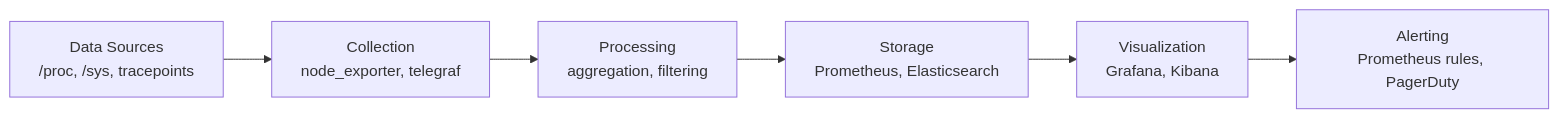
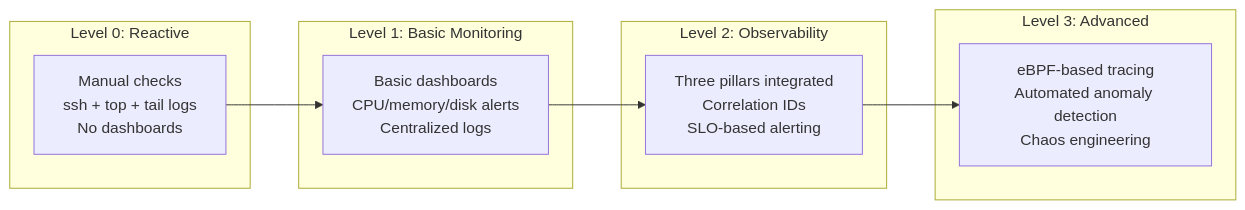
The fifth of 5 diagrams in src/observability/overview.md (Abhinav-Kumar012/lb2), drawn with Mermaid before and after one commit. The commit also changed other lines of this file and 1 other file, not shown here.

Commit message:
Expand sched-ext.md: BPF scheduling API, real-world schedulers, CFS comparison, Mermaid diagrams

````diff
--- a/src/observability/overview.md
+++ b/src/observability/overview.md
@@ -206,8 +743,16 @@
 ```mermaid
 graph LR
-    SRC["Data Sources<br/>/proc, /sys, tracepoints"] --> COL["Collection<br/>node_exporter, telegraf"]
-    COL --> PRO["Processing<br/>aggregation, filtering"]
-    PRO --> STO["Storage<br/>Prometheus, Elasticsearch"]
-    STO --> VIS["Visualization<br/>Grafana, Kibana"]
-    VIS --> ALT["Alerting<br/>Prometheus rules, PagerDuty"]
+    subgraph "Level 0: Reactive"
+        L0["Manual checks<br/>ssh + top + tail logs<br/>No dashboards"]
+    end
+    subgraph "Level 1: Basic Monitoring"
+        L1["Basic dashboards<br/>CPU/memory/disk alerts<br/>Centralized logs"]
+    end
+    subgraph "Level 2: Observability"
+        L2["Three pillars integrated<br/>Correlation IDs<br/>SLO-based alerting"]
+    end
+    subgraph "Level 3: Advanced"
+        L3["eBPF-based tracing<br/>Automated anomaly detection<br/>Chaos engineering"]
+    end
+    L0 --> L1 --> L2 --> L3
 ```
````
